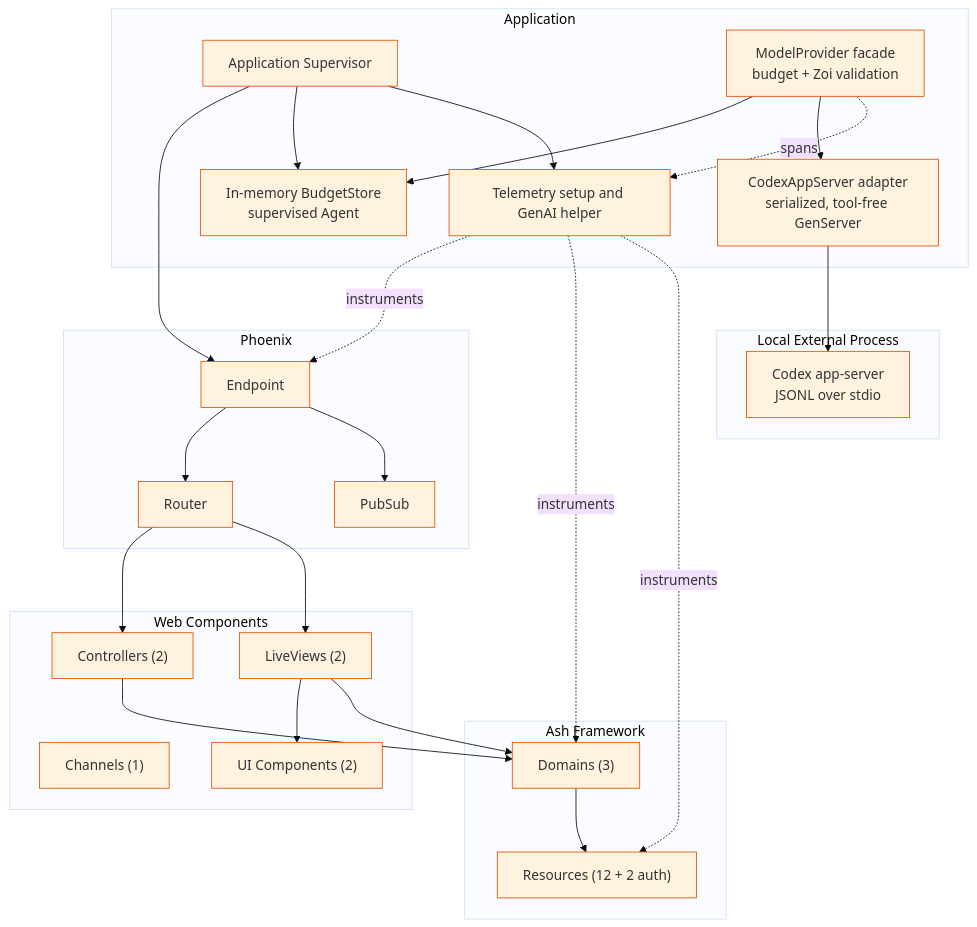
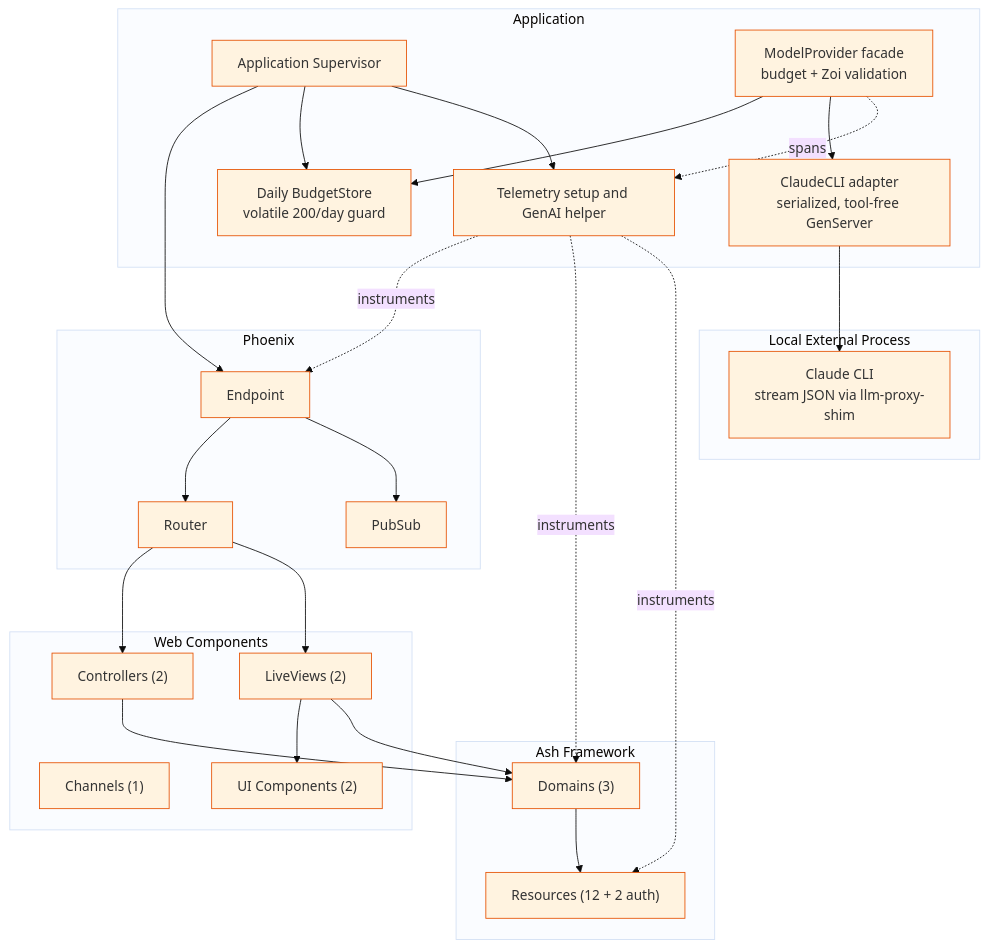
One commit to chops/sdr_agent changed the diagram in docs/architecture/components.md. Above: the diagram before and after it, drawn with Mermaid. The commit also changed other lines of this file and 17 other files, not shown here.

Commit message:
Pivot model provider to attested Claude CLI

````diff
--- a/docs/architecture/components.md
+++ b/docs/architecture/components.md
@@ -9,52 +9,52 @@
 ```mermaid
 %%{init: {'theme': 'base', 'themeVariables': { 'primaryColor': '#fff3e0', 'primaryBorderColor': '#e65100'}}}%%
 graph TB
     subgraph Application["Application"]
         App[Application Supervisor]
-        Budget[In-memory BudgetStore<br/>supervised Agent]
+        Budget[Daily BudgetStore<br/>volatile 200/day guard]
         ModelProvider[ModelProvider facade<br/>budget + Zoi validation]
-        CodexAdapter[CodexAppServer adapter<br/>serialized, tool-free GenServer]
+        ClaudeCLIAdapter[ClaudeCLI adapter<br/>serialized, tool-free GenServer]
         Telemetry[Telemetry setup and GenAI helper]
     end
 
     subgraph Phoenix["Phoenix"]
         Endpoint[Endpoint]
         Router[Router]
         PubSub[PubSub]
     end
 
     subgraph Web["Web Components"]
         Controllers["Controllers (2)"]
         LiveViews["LiveViews (2)"]
         Channels["Channels (1)"]
         UIComponents["UI Components (2)"]
     end
 
     subgraph Ash["Ash Framework"]
         Domains["Domains (3)"]
         Resources["Resources (12 + 2 auth)"]
     end
 
     subgraph External["Local External Process"]
-        Codex[Codex app-server<br/>JSONL over stdio]
+        Claude[Claude CLI<br/>stream JSON via llm-proxy-shim]
     end
 
     App --> Endpoint
     App --> Budget
     App --> Telemetry
     ModelProvider --> Budget
-    ModelProvider --> CodexAdapter
+    ModelProvider --> ClaudeCLIAdapter
     ModelProvider -. spans .-> Telemetry
-    CodexAdapter --> Codex
+    ClaudeCLIAdapter --> Claude
     Endpoint --> Router
     Endpoint --> PubSub
     Router --> Controllers
     Router --> LiveViews
     LiveViews --> UIComponents
     Controllers --> Domains
     LiveViews --> Domains
     Domains --> Resources
     Telemetry -. instruments .-> Endpoint
     Telemetry -. instruments .-> Domains
     Telemetry -. instruments .-> Resources
 ```
````
